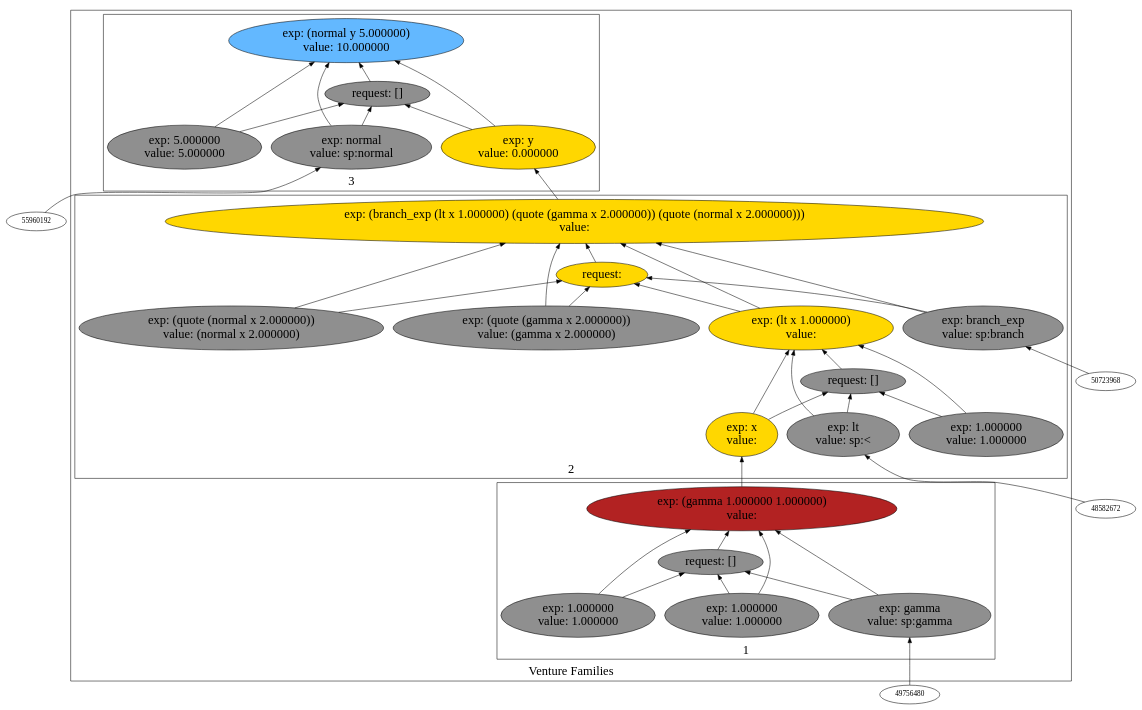
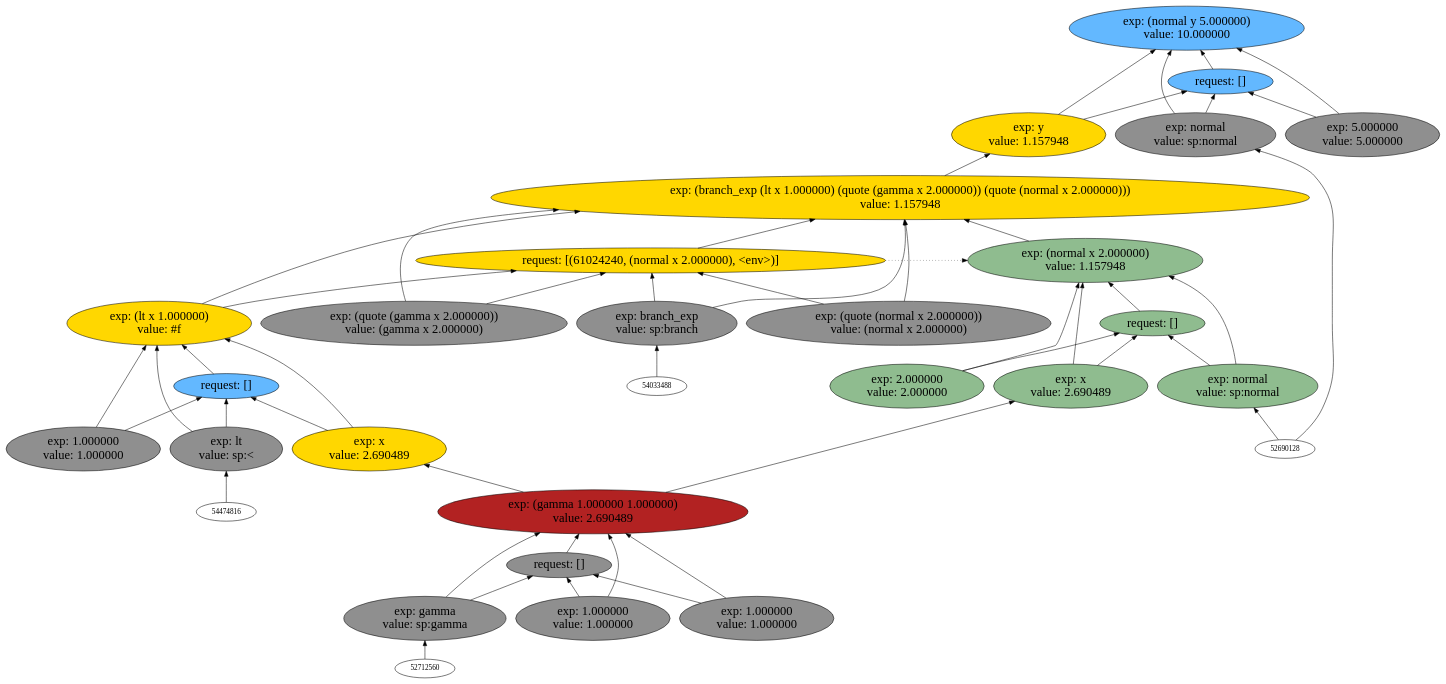
One commit to probcomp/Venturecxx changed the diagram in backend/cxx/graphs/erg1/dot3.dot. Above: the diagram before and after it, drawn with Graphviz. The commit also changed 23 other files, not shown here.

Commit message:
Rendering schematics.

```diff
--- a/backend/cxx/graphs/erg1/dot3.dot
+++ b/backend/cxx/graphs/erg1/dot3.dot
@@ -1,77 +1,97 @@
 digraph {
 rankdir=BT
 fontsize=24
-subgraph cluster1 {
+subgraph clster1 {
 label="Venture Families"
-subgraph cluster2 {
+subgraph clster2 {
 label="1"
-"58182000"["fillcolor"="firebrick" "fontsize"="24" "label"="exp: (gamma 1.000000 1.000000)\nvalue: " "shape"="ellipse" "style"="filled" ]
-"57820576"["fillcolor"="grey56" "fontsize"="24" "label"="request: []" "shape"="ellipse" "style"="filled" ]
-"56189504"["fillcolor"="grey56" "fontsize"="24" "label"="exp: gamma\nvalue: sp:gamma" "shape"="ellipse" "style"="filled" ]
-"56908640"["fillcolor"="grey56" "fontsize"="24" "label"="exp: 1.000000\nvalue: 1.000000" "shape"="ellipse" "style"="filled" ]
-"57045648"["fillcolor"="grey56" "fontsize"="24" "label"="exp: 1.000000\nvalue: 1.000000" "shape"="ellipse" "style"="filled" ]
+"60032512"["fillcolor"="firebrick" "fontsize"="24" "label"="exp: (gamma 1.000000 1.000000)\nvalue: 2.690489" "shape"="ellipse" "style"="filled" ]
+"59581664"["fillcolor"="grey56" "fontsize"="24" "label"="request: []" "shape"="ellipse" "style"="filled" ]
+"60730192"["fillcolor"="grey56" "fontsize"="24" "label"="exp: gamma\nvalue: sp:gamma" "shape"="ellipse" "style"="filled" ]
+"58687760"["fillcolor"="grey56" "fontsize"="24" "label"="exp: 1.000000\nvalue: 1.000000" "shape"="ellipse" "style"="filled" ]
+"59543920"["fillcolor"="grey56" "fontsize"="24" "label"="exp: 1.000000\nvalue: 1.000000" "shape"="ellipse" "style"="filled" ]
 }
 
-subgraph cluster3 {
+subgraph clster3 {
 label="2"
-"58525680"["fillcolor"="gold" "fontsize"="24" "label"="exp: (branch_exp (lt x 1.000000) (quote (gamma x 2.000000)) (quote (normal x 2.000000)))\nvalue: " "shape"="ellipse" "style"="filled" ]
-"57759056"["fillcolor"="gold" "fontsize"="24" "label"="request: " "shape"="ellipse" "style"="filled" ]
-"57083392"["fillcolor"="grey56" "fontsize"="24" "label"="exp: branch_exp\nvalue: sp:branch" "shape"="ellipse" "style"="filled" ]
-"57534240"["fillcolor"="gold" "fontsize"="24" "label"="exp: (lt x 1.000000)\nvalue: " "shape"="ellipse" "style"="filled" ]
-"57499296"["fillcolor"="grey56" "fontsize"="24" "label"="request: []" "shape"="ellipse" "style"="filled" ]
-"56365488"["fillcolor"="grey56" "fontsize"="24" "label"="exp: lt\nvalue: sp:<" "shape"="ellipse" "style"="filled" ]
-"56497664"["fillcolor"="gold" "fontsize"="24" "label"="exp: x\nvalue: " "shape"="ellipse" "style"="filled" ]
-"56100400"["fillcolor"="grey56" "fontsize"="24" "label"="exp: 1.000000\nvalue: 1.000000" "shape"="ellipse" "style"="filled" ]
-"56301184"["fillcolor"="grey56" "fontsize"="24" "label"="exp: (quote (gamma x 2.000000))\nvalue: (gamma x 2.000000)" "shape"="ellipse" "style"="filled" ]
-"56184528"["fillcolor"="grey56" "fontsize"="24" "label"="exp: (quote (normal x 2.000000))\nvalue: (normal x 2.000000)" "shape"="ellipse" "style"="filled" ]
+"58863744"["fillcolor"="gold" "fontsize"="24" "label"="exp: (branch_exp (lt x 1.000000) (quote (gamma x 2.000000)) (quote (normal x 2.000000)))\nvalue: 1.157948" "shape"="ellipse" "style"="filled" ]
+"61024240"["fillcolor"="gold" "fontsize"="24" "label"="request: [(61024240, (normal x 2.000000), <env>)]" "shape"="ellipse" "style"="filled" ]
+"58995920"["fillcolor"="grey56" "fontsize"="24" "label"="exp: branch_exp\nvalue: sp:branch" "shape"="ellipse" "style"="filled" ]
+"58799440"["fillcolor"="gold" "fontsize"="24" "label"="exp: (lt x 1.000000)\nvalue: #f" "shape"="ellipse" "style"="filled" ]
+"58598656"["fillcolor"="steelblue1" "fontsize"="24" "label"="request: []" "shape"="ellipse" "style"="filled" ]
+"58682784"["fillcolor"="grey56" "fontsize"="24" "label"="exp: lt\nvalue: sp:<" "shape"="ellipse" "style"="filled" ]
+"58846304"["fillcolor"="gold" "fontsize"="24" "label"="exp: x\nvalue: 2.690489" "shape"="ellipse" "style"="filled" ]
+"59036848"["fillcolor"="grey56" "fontsize"="24" "label"="exp: 1.000000\nvalue: 1.000000" "shape"="ellipse" "style"="filled" ]
+"58570656"["fillcolor"="grey56" "fontsize"="24" "label"="exp: (quote (gamma x 2.000000))\nvalue: (gamma x 2.000000)" "shape"="ellipse" "style"="filled" ]
+"59044160"["fillcolor"="grey56" "fontsize"="24" "label"="exp: (quote (normal x 2.000000))\nvalue: (normal x 2.000000)" "shape"="ellipse" "style"="filled" ]
 }
 
-subgraph cluster4 {
+subgraph clster4 {
 label="3"
-"56266672"["fillcolor"="steelblue1" "fontsize"="24" "label"="exp: (normal y 5.000000)\nvalue: 10.000000" "shape"="ellipse" "style"="filled" ]
-"58535664"["fillcolor"="grey56" "fontsize"="24" "label"="request: []" "shape"="ellipse" "style"="filled" ]
-"56981728"["fillcolor"="grey56" "fontsize"="24" "label"="exp: normal\nvalue: sp:normal" "shape"="ellipse" "style"="filled" ]
-"57032928"["fillcolor"="gold" "fontsize"="24" "label"="exp: y\nvalue: 0.000000" "shape"="ellipse" "style"="filled" ]
-"57069104"["fillcolor"="grey56" "fontsize"="24" "label"="exp: 5.000000\nvalue: 5.000000" "shape"="ellipse" "style"="filled" ]
+"59642864"["fillcolor"="steelblue1" "fontsize"="24" "label"="exp: (normal y 5.000000)\nvalue: 10.000000" "shape"="ellipse" "style"="filled" ]
+"59605120"["fillcolor"="steelblue1" "fontsize"="24" "label"="request: []" "shape"="ellipse" "style"="filled" ]
+"59680608"["fillcolor"="grey56" "fontsize"="24" "label"="exp: normal\nvalue: sp:normal" "shape"="ellipse" "style"="filled" ]
+"59718352"["fillcolor"="gold" "fontsize"="24" "label"="exp: y\nvalue: 1.157948" "shape"="ellipse" "style"="filled" ]
+"59756096"["fillcolor"="grey56" "fontsize"="24" "label"="exp: 5.000000\nvalue: 5.000000" "shape"="ellipse" "style"="filled" ]
 }
 
 }
 
-"56981728" -> "56266672"["arrowhead"="normal" "color"="black" "style"="solid" ]
-"56981728" -> "58535664"["arrowhead"="normal" "color"="black" "style"="solid" ]
-"55960192" -> "56981728"["arrowhead"="normal" "color"="black" "style"="solid" ]
-"57032928" -> "56266672"["arrowhead"="normal" "color"="black" "style"="solid" ]
-"57032928" -> "58535664"["arrowhead"="normal" "color"="black" "style"="solid" ]
-"58525680" -> "57032928"["arrowhead"="normal" "color"="black" "style"="solid" ]
-"57069104" -> "56266672"["arrowhead"="normal" "color"="black" "style"="solid" ]
-"57069104" -> "58535664"["arrowhead"="normal" "color"="black" "style"="solid" ]
-"58535664" -> "56266672"["arrowhead"="normal" "color"="black" "style"="solid" ]
-"56189504" -> "58182000"["arrowhead"="normal" "color"="black" "style"="solid" ]
-"56189504" -> "57820576"["arrowhead"="normal" "color"="black" "style"="solid" ]
-"49756480" -> "56189504"["arrowhead"="normal" "color"="black" "style"="solid" ]
-"56908640" -> "58182000"["arrowhead"="normal" "color"="black" "style"="solid" ]
-"56908640" -> "57820576"["arrowhead"="normal" "color"="black" "style"="solid" ]
-"57045648" -> "58182000"["arrowhead"="normal" "color"="black" "style"="solid" ]
-"57045648" -> "57820576"["arrowhead"="normal" "color"="black" "style"="solid" ]
-"57820576" -> "58182000"["arrowhead"="normal" "color"="black" "style"="solid" ]
-"57083392" -> "58525680"["arrowhead"="normal" "color"="black" "style"="solid" ]
-"57083392" -> "57759056"["arrowhead"="normal" "color"="black" "style"="solid" ]
-"50723968" -> "57083392"["arrowhead"="normal" "color"="black" "style"="solid" ]
-"57534240" -> "58525680"["arrowhead"="normal" "color"="black" "style"="solid" ]
-"57534240" -> "57759056"["arrowhead"="normal" "color"="black" "style"="solid" ]
-"56365488" -> "57534240"["arrowhead"="normal" "color"="black" "style"="solid" ]
-"56365488" -> "57499296"["arrowhead"="normal" "color"="black" "style"="solid" ]
-"48582672" -> "56365488"["arrowhead"="normal" "color"="black" "style"="solid" ]
-"56497664" -> "57534240"["arrowhead"="normal" "color"="black" "style"="solid" ]
-"56497664" -> "57499296"["arrowhead"="normal" "color"="black" "style"="solid" ]
-"58182000" -> "56497664"["arrowhead"="normal" "color"="black" "style"="solid" ]
-"56100400" -> "57534240"["arrowhead"="normal" "color"="black" "style"="solid" ]
-"56100400" -> "57499296"["arrowhead"="normal" "color"="black" "style"="solid" ]
-"57499296" -> "57534240"["arrowhead"="normal" "color"="black" "style"="solid" ]
-"56301184" -> "58525680"["arrowhead"="normal" "color"="black" "style"="solid" ]
-"56301184" -> "57759056"["arrowhead"="normal" "color"="black" "style"="solid" ]
-"56184528" -> "58525680"["arrowhead"="normal" "color"="black" "style"="solid" ]
-"56184528" -> "57759056"["arrowhead"="normal" "color"="black" "style"="solid" ]
-"57759056" -> "58525680"["arrowhead"="normal" "color"="black" "style"="solid" ]
+subgraph clster5 {
+label=""
+"59392624"["fillcolor"="darkseagreen" "fontsize"="24" "label"="exp: (normal x 2.000000)\nvalue: 1.157948" "shape"="ellipse" "style"="filled" ]
+"59356448"["fillcolor"="darkseagreen" "fontsize"="24" "label"="request: []" "shape"="ellipse" "style"="filled" ]
+"59443824"["fillcolor"="darkseagreen" "fontsize"="24" "label"="exp: normal\nvalue: sp:normal" "shape"="ellipse" "style"="filled" ]
+"59480000"["fillcolor"="darkseagreen" "fontsize"="24" "label"="exp: x\nvalue: 2.690489" "shape"="ellipse" "style"="filled" ]
+"59531200"["fillcolor"="darkseagreen" "fontsize"="24" "label"="exp: 2.000000\nvalue: 2.000000" "shape"="ellipse" "style"="filled" ]
+}
+
+"58995920" -> "58863744"["arrowhead"="normal" "color"="black" "constraint"="true" "style"="solid" ]
+"58995920" -> "61024240"["arrowhead"="normal" "color"="black" "constraint"="true" "style"="solid" ]
+"54033488" -> "58995920"["arrowhead"="normal" "color"="black" "constraint"="true" "style"="solid" ]
+"58799440" -> "58863744"["arrowhead"="normal" "color"="black" "constraint"="true" "style"="solid" ]
+"58799440" -> "61024240"["arrowhead"="normal" "color"="black" "constraint"="true" "style"="solid" ]
+"58682784" -> "58799440"["arrowhead"="normal" "color"="black" "constraint"="true" "style"="solid" ]
+"58682784" -> "58598656"["arrowhead"="normal" "color"="black" "constraint"="true" "style"="solid" ]
+"54474816" -> "58682784"["arrowhead"="normal" "color"="black" "constraint"="true" "style"="solid" ]
+"58846304" -> "58799440"["arrowhead"="normal" "color"="black" "constraint"="true" "style"="solid" ]
+"58846304" -> "58598656"["arrowhead"="normal" "color"="black" "constraint"="true" "style"="solid" ]
+"60032512" -> "58846304"["arrowhead"="normal" "color"="black" "constraint"="true" "style"="solid" ]
+"59036848" -> "58799440"["arrowhead"="normal" "color"="black" "constraint"="true" "style"="solid" ]
+"59036848" -> "58598656"["arrowhead"="normal" "color"="black" "constraint"="true" "style"="solid" ]
+"58598656" -> "58799440"["arrowhead"="normal" "color"="black" "constraint"="true" "style"="solid" ]
+"58570656" -> "58863744"["arrowhead"="normal" "color"="black" "constraint"="true" "style"="solid" ]
+"58570656" -> "61024240"["arrowhead"="normal" "color"="black" "constraint"="true" "style"="solid" ]
+"59044160" -> "58863744"["arrowhead"="normal" "color"="black" "constraint"="true" "style"="solid" ]
+"59044160" -> "61024240"["arrowhead"="normal" "color"="black" "constraint"="true" "style"="solid" ]
+"61024240" -> "58863744"["arrowhead"="normal" "color"="black" "constraint"="true" "style"="solid" ]
+"59392624" -> "58863744"["arrowhead"="normal" "color"="black" "constraint"="true" "style"="solid" ]
+"61024240" -> "59392624"["arrowhead"="normal" "color"="black" "constraint"="false" "style"="dotted" ]
+"59443824" -> "59392624"["arrowhead"="normal" "color"="black" "constraint"="true" "style"="solid" ]
+"59443824" -> "59356448"["arrowhead"="normal" "color"="black" "constraint"="true" "style"="solid" ]
+"52690128" -> "59443824"["arrowhead"="normal" "color"="black" "constraint"="true" "style"="solid" ]
+"59480000" -> "59392624"["arrowhead"="normal" "color"="black" "constraint"="true" "style"="solid" ]
+"59480000" -> "59356448"["arrowhead"="normal" "color"="black" "constraint"="true" "style"="solid" ]
+"60032512" -> "59480000"["arrowhead"="normal" "color"="black" "constraint"="true" "style"="solid" ]
+"59531200" -> "59392624"["arrowhead"="normal" "color"="black" "constraint"="true" "style"="solid" ]
+"59531200" -> "59356448"["arrowhead"="normal" "color"="black" "constraint"="true" "style"="solid" ]
+"59356448" -> "59392624"["arrowhead"="normal" "color"="black" "constraint"="true" "style"="solid" ]
+"59680608" -> "59642864"["arrowhead"="normal" "color"="black" "constraint"="true" "style"="solid" ]
+"59680608" -> "59605120"["arrowhead"="normal" "color"="black" "constraint"="true" "style"="solid" ]
+"52690128" -> "59680608"["arrowhead"="normal" "color"="black" "constraint"="true" "style"="solid" ]
+"59718352" -> "59642864"["arrowhead"="normal" "color"="black" "constraint"="true" "style"="solid" ]
+"59718352" -> "59605120"["arrowhead"="normal" "color"="black" "constraint"="true" "style"="solid" ]
+"58863744" -> "59718352"["arrowhead"="normal" "color"="black" "constraint"="true" "style"="solid" ]
+"59756096" -> "59642864"["arrowhead"="normal" "color"="black" "constraint"="true" "style"="solid" ]
+"59756096" -> "59605120"["arrowhead"="normal" "color"="black" "constraint"="true" "style"="solid" ]
+"59605120" -> "59642864"["arrowhead"="normal" "color"="black" "constraint"="true" "style"="solid" ]
+"60730192" -> "60032512"["arrowhead"="normal" "color"="black" "constraint"="true" "style"="solid" ]
+"60730192" -> "59581664"["arrowhead"="normal" "color"="black" "constraint"="true" "style"="solid" ]
+"52712560" -> "60730192"["arrowhead"="normal" "color"="black" "constraint"="true" "style"="solid" ]
+"58687760" -> "60032512"["arrowhead"="normal" "color"="black" "constraint"="true" "style"="solid" ]
+"58687760" -> "59581664"["arrowhead"="normal" "color"="black" "constraint"="true" "style"="solid" ]
+"59543920" -> "60032512"["arrowhead"="normal" "color"="black" "constraint"="true" "style"="solid" ]
+"59543920" -> "59581664"["arrowhead"="normal" "color"="black" "constraint"="true" "style"="solid" ]
+"59581664" -> "60032512"["arrowhead"="normal" "color"="black" "constraint"="true" "style"="solid" ]
 
 }
```
